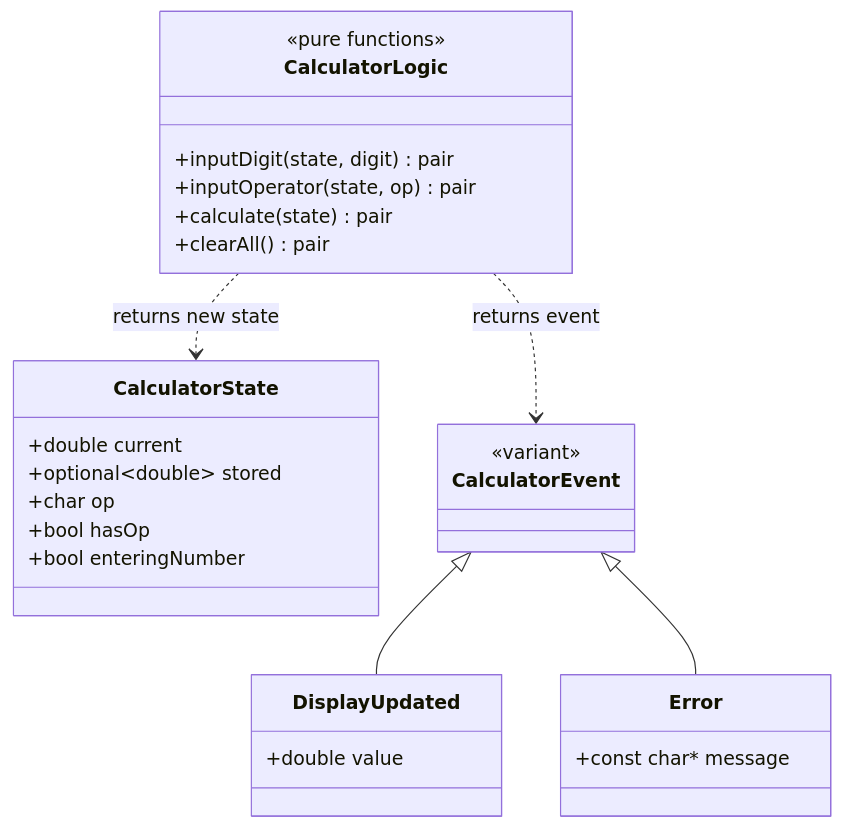
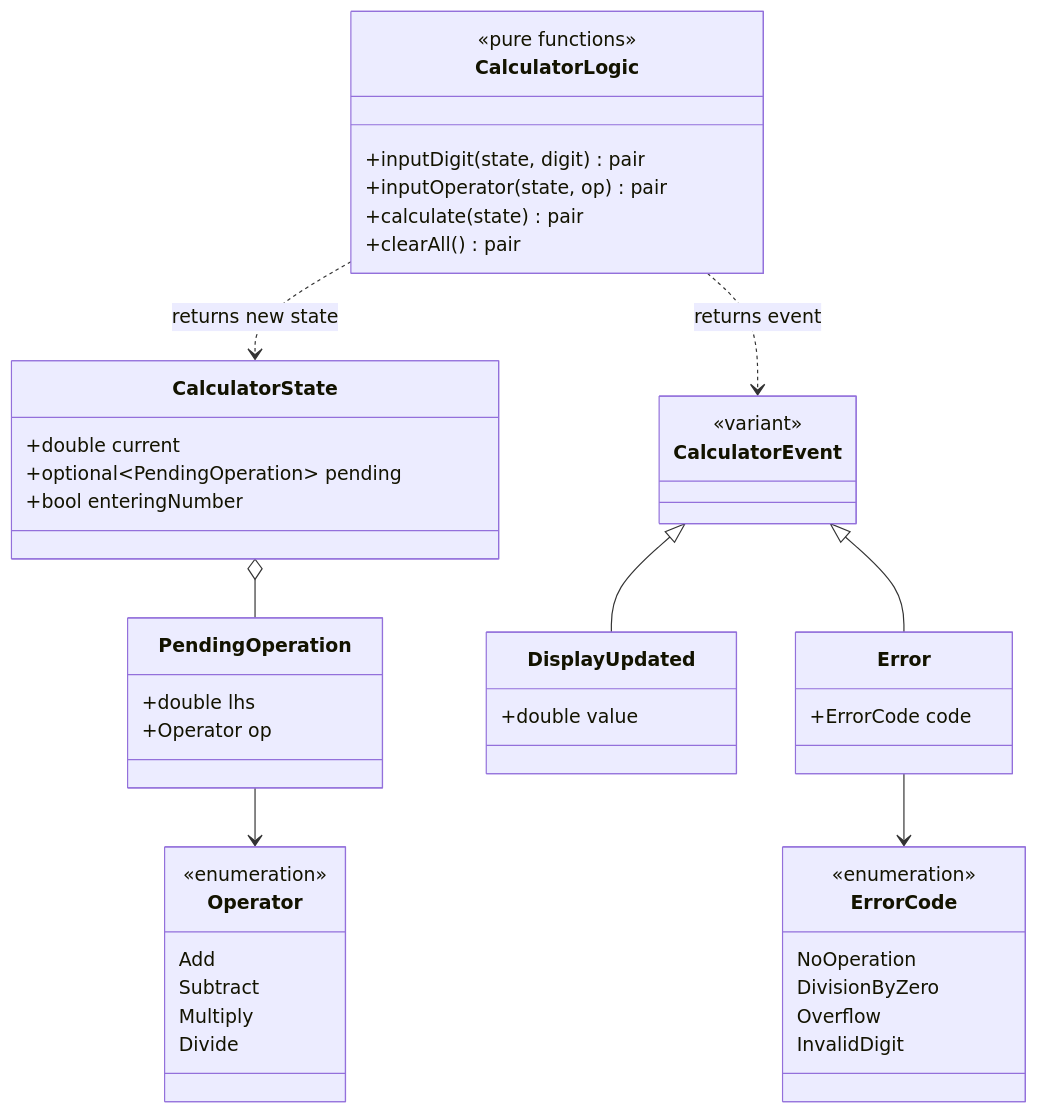
One commit to KoichiKurita/CPPlang-Calculator changed the second of 3 diagrams in README.md. Above: the diagram before and after it, drawn with Mermaid. The commit also changed other lines of this file and 13 other files, not shown here.

Commit message:
refactor: 状態を型安全に再設計し、エラーを ErrorCode 化して表示欄に表示

````diff
--- a/README.md
+++ b/README.md
@@ -104,30 +110,49 @@
 ```mermaid
 classDiagram
     class CalculatorState {
         +double current
-        +optional~double~ stored
-        +char op
-        +bool hasOp
+        +optional~PendingOperation~ pending
         +bool enteringNumber
+    }
+    class PendingOperation {
+        +double lhs
+        +Operator op
+    }
+    class Operator {
+        <<enumeration>>
+        Add
+        Subtract
+        Multiply
+        Divide
+    }
+    class ErrorCode {
+        <<enumeration>>
+        NoOperation
+        DivisionByZero
+        Overflow
+        InvalidDigit
     }
     class CalculatorEvent {
         <<variant>>
     }
     class DisplayUpdated {
         +double value
     }
     class Error {
-        +const char* message
+        +ErrorCode code
     }
     class CalculatorLogic {
         <<pure functions>>
         +inputDigit(state, digit) pair
         +inputOperator(state, op) pair
         +calculate(state) pair
         +clearAll() pair
     }
     CalculatorEvent <|-- DisplayUpdated
     CalculatorEvent <|-- Error
+    CalculatorState o-- PendingOperation
+    PendingOperation --> Operator
+    Error --> ErrorCode
     CalculatorLogic ..> CalculatorState : returns new state
     CalculatorLogic ..> CalculatorEvent : returns event
 ```
````
